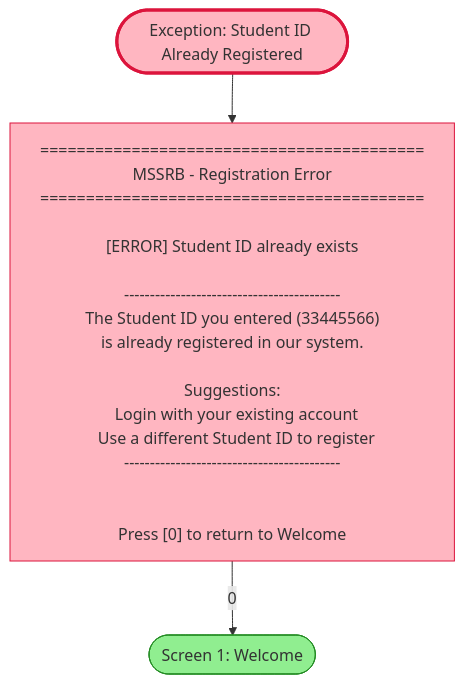
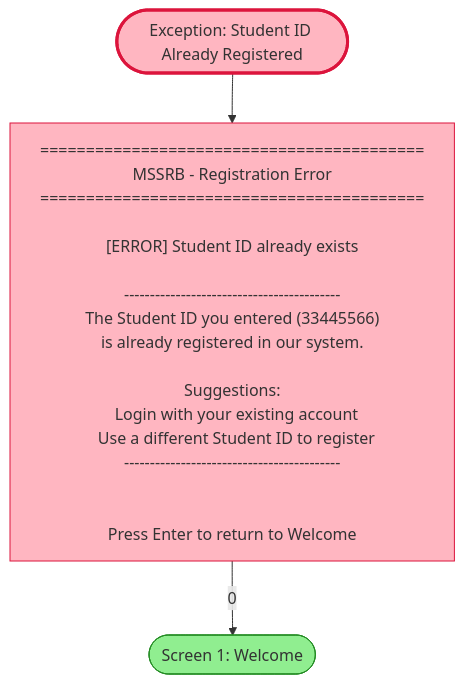
One commit to alii0110-monash/fit5136-study-room-booking changed the diagram in mermaid/member_a/exception_duplicate_id.mmd. Above: the diagram before and after it, drawn with Mermaid. The commit also changed 6 other files, not shown here.

First line of the commit message:
Change return navigation from Press [0] to Press Enter

```diff
--- a/mermaid/member_a/exception_duplicate_id.mmd
+++ b/mermaid/member_a/exception_duplicate_id.mmd
@@ -1,31 +1,31 @@
 flowchart TB
     ERROR_ID(["Exception: Student ID Already Registered"])
 
     E1["
 ==========================================
 MSSRB - Registration Error
 ==========================================
 
 [ERROR] Student ID already exists
 
 ------------------------------------------
 The Student ID you entered (33445566)
 is already registered in our system.
 
 Suggestions:
   Login with your existing account
   Use a different Student ID to register
 ------------------------------------------
 
 
-Press [0] to return to Welcome
+Press Enter to return to Welcome
     "]
 
     WELCOME(["Screen 1: Welcome"])
 
     ERROR_ID --> E1
     E1 -->|"0"| WELCOME
 
     style ERROR_ID fill:#FFB6C1,stroke:#DC143C,stroke-width:3px
     style E1 fill:#FFB6C1,stroke:#DC143C
     style WELCOME fill:#90EE90,stroke:#228B22
```
